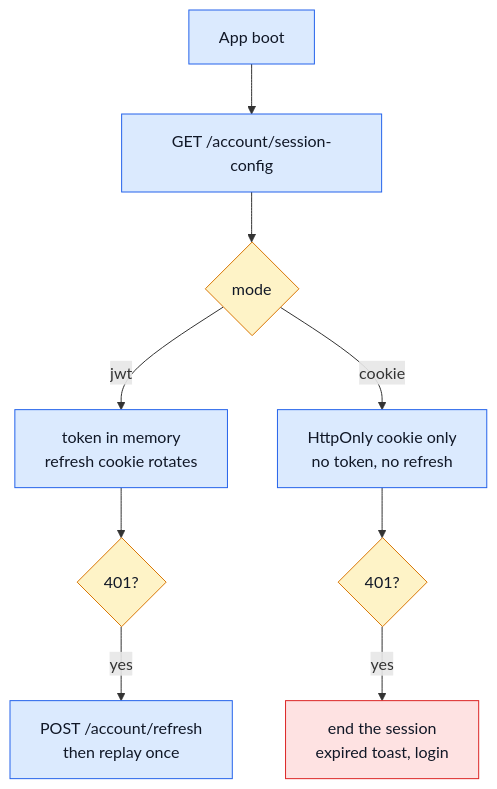
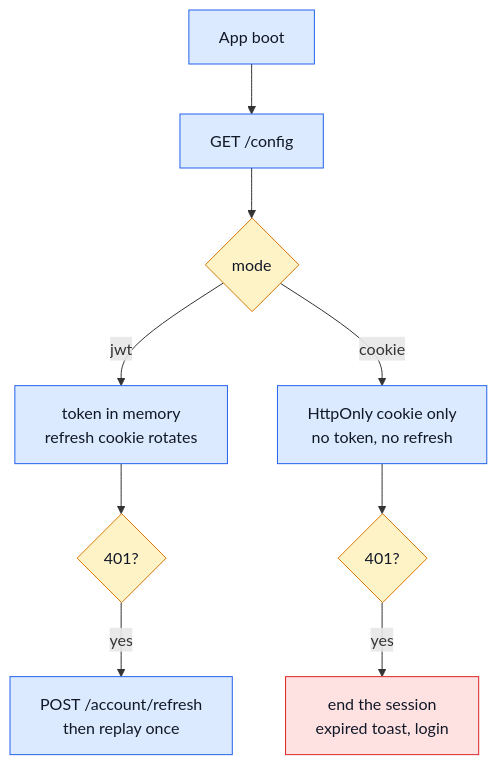
One commit to Guebbit/boilerplate-vue-frontend changed the first of 3 diagrams in docs/tools/security.md. Above: the diagram before and after it, drawn with Mermaid. The commit also changed other lines of this file and 34 other files, not shown here.

First line of the commit message:
feat(config): the app loads GET /config once and every reader shares it

````diff
--- a/docs/tools/security.md
+++ b/docs/tools/security.md
@@ -18,18 +18,18 @@
 ```mermaid
 flowchart TD
-    Boot[App boot] --> Cfg["GET /account/session-config"]
+    Boot[App boot] --> Cfg["GET /config"]
     Cfg --> Mode{mode}
     Mode -- jwt --> J["token in memory\nrefresh cookie rotates"]
     Mode -- cookie --> C["HttpOnly cookie only\nno token, no refresh"]
     J --> J401{"401?"}
     J401 -- yes --> Refresh["POST /account/refresh\nthen replay once"]
     C --> C401{"401?"}
     C401 -- yes --> End["end the session\nexpired toast, login"]
 
     classDef step fill:#dbeafe,stroke:#2563eb,color:#111827;
     classDef decision fill:#fef3c7,stroke:#d97706,color:#111827;
     classDef error fill:#fee2e2,stroke:#dc2626,color:#111827;
     class Boot,Cfg,J,C,Refresh step;
     class Mode,J401,C401 decision;
     class End error;
 ```
````
